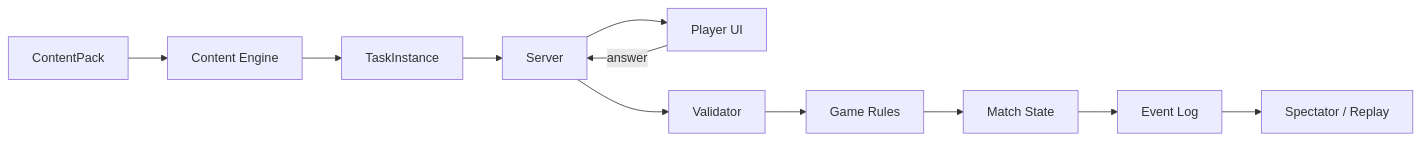
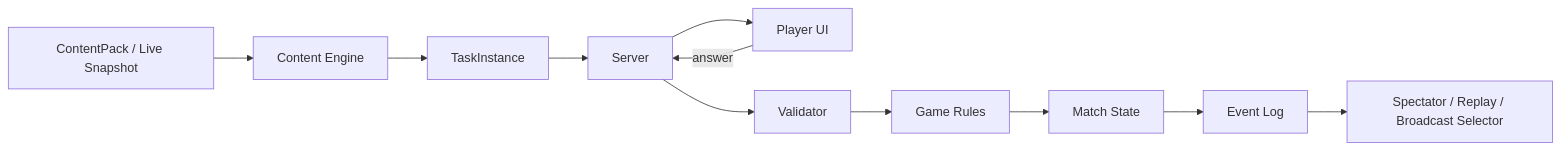
Before and after one commit to f2re/synopsis_game: the first of 2 diagrams in docs/architecture/README.md, drawn with Mermaid. The commit also changed other lines of this file, not shown here.

Commit message:
docs: extend architecture for living world, live KN01 and autonomous arena

````diff
--- a/docs/architecture/README.md
+++ b/docs/architecture/README.md
@@ -64,13 +93,13 @@
 ```mermaid
 flowchart LR
-    A[ContentPack] --> B[Content Engine]
+    A[ContentPack / Live Snapshot] --> B[Content Engine]
     B --> C[TaskInstance]
     C --> D[Server]
     D --> E[Player UI]
     E -->|answer| D
     D --> F[Validator]
     F --> G[Game Rules]
     G --> H[Match State]
     H --> I[Event Log]
-    I --> J[Spectator / Replay]
+    I --> J[Spectator / Replay / Broadcast Selector]
 ```
````
